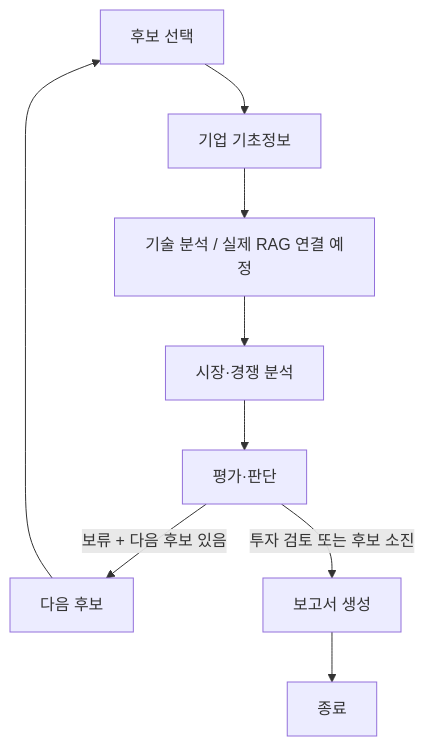
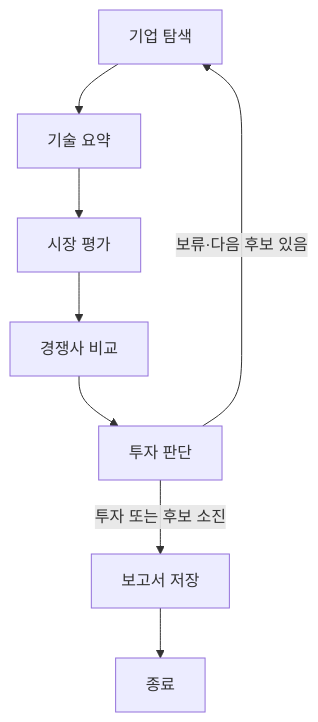
One commit to nowjinpark/ai-startup-investment-agent changed the diagram in README.md. Above: the diagram before and after it, drawn with Mermaid. The commit also changed other lines of this file and 38 other files, not shown here.

````diff
--- a/README.md
+++ b/README.md
@@ -59,11 +64,10 @@
 ```mermaid
 flowchart TD
-    S[후보 선택] --> A[기업 기초정보]
-    A --> B[기술 분석 / 실제 RAG 연결 예정]
-    B --> C[시장·경쟁 분석]
-    C --> D[평가·판단]
-    D -->|보류 + 다음 후보 있음| N[다음 후보]
-    N --> S
-    D -->|투자 검토 또는 후보 소진| R[보고서 생성]
-    R --> E[종료]
+    A[기업 탐색] --> B[기술 요약]
+    B --> C[시장 평가]
+    C --> D[경쟁사 비교]
+    D --> E[투자 판단]
+    E -->|보류·다음 후보 있음| A
+    E -->|투자 또는 후보 소진| F[보고서 저장]
+    F --> G[종료]
 ```
````
